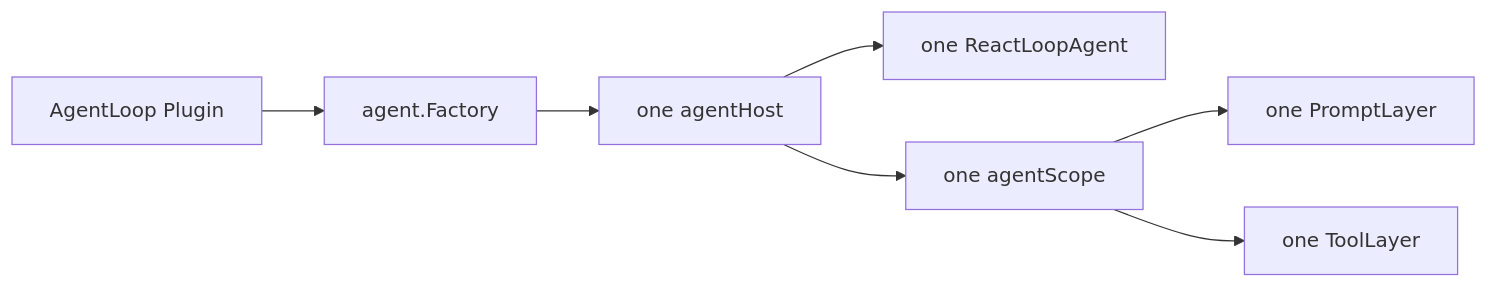
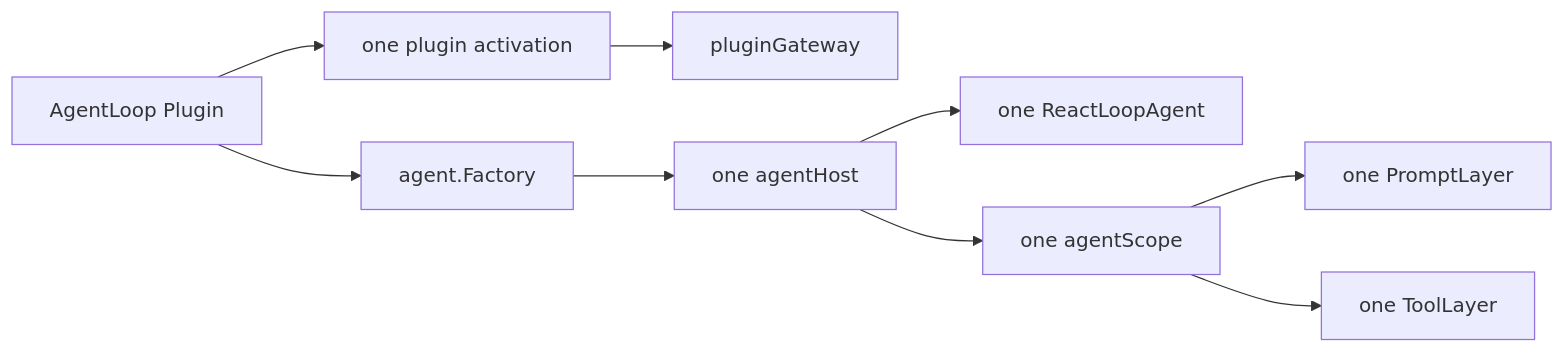
Before and after one commit to gorenx/goren: the first of 2 diagrams in agentloop/README.zh-CN.md, drawn with Mermaid. The commit also changed other lines of this file and 13 other files, not shown here.

````diff
--- a/agentloop/README.zh-CN.md
+++ b/agentloop/README.zh-CN.md
@@ -11,9 +11,11 @@
 ```mermaid
 flowchart LR
-    Plugin[AgentLoop Plugin] --> Factory[agent.Factory]
+	Plugin[AgentLoop Plugin] --> Activation[one plugin activation]
+	Activation --> Gateway[pluginGateway]
+	Plugin --> Factory[agent.Factory]
     Factory --> Host[one agentHost]
     Host --> RLA[one ReactLoopAgent]
     Host --> Scope[one agentScope]
     Scope --> Prompt[one PromptLayer]
     Scope --> Tools[one ToolLayer]
 ```
````
